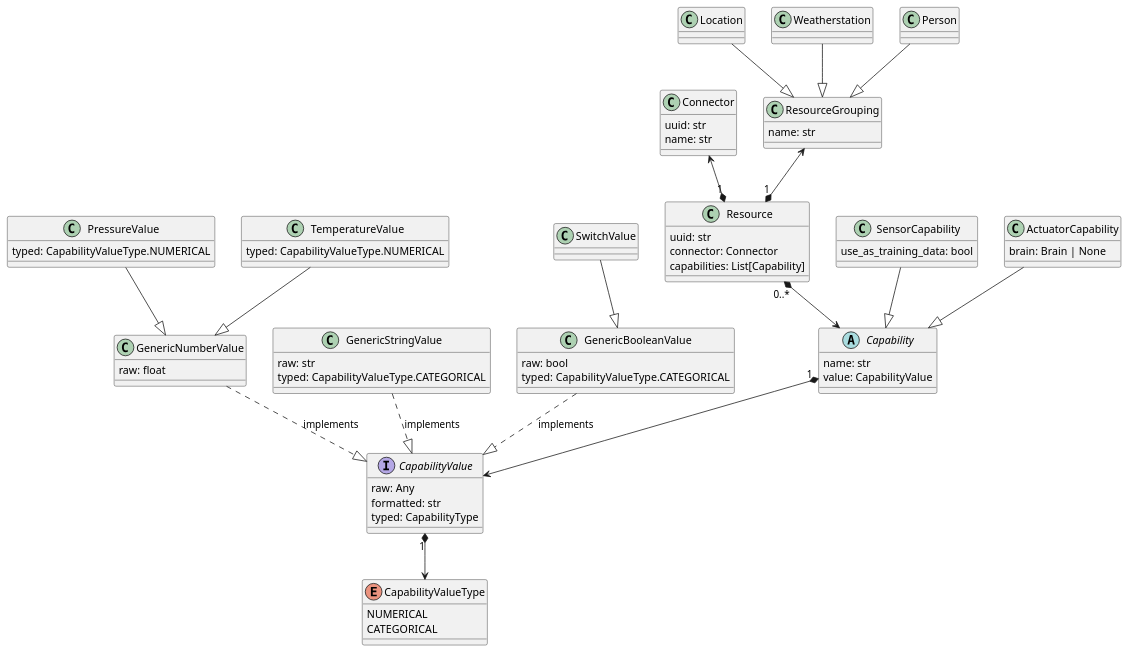
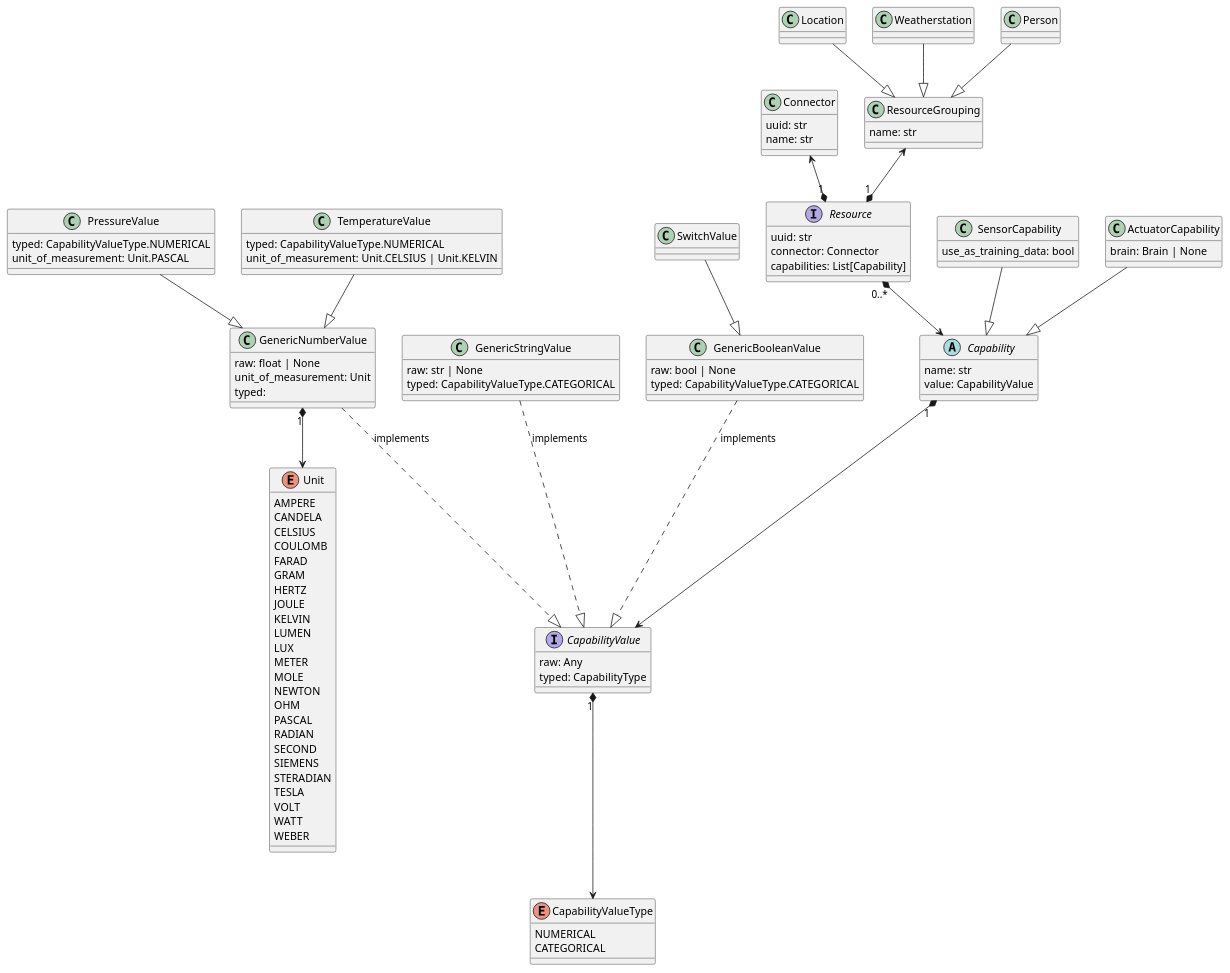
One commit to DerOetzi/learninghouse changed the diagram in docs/diagrams/src/model.plantuml. Above: the diagram before and after it, drawn with PlantUML. The commit also changed 5 other files, not shown here.

```diff
--- a/docs/diagrams/src/model.plantuml
+++ b/docs/diagrams/src/model.plantuml
@@ -1,95 +1,127 @@
 @startuml Learninghouse Model
 class Connector {
     uuid: str
     name: str
 }
 
-class Resource {
+interface Resource {
     uuid: str
     connector: Connector
     capabilities: List[Capability]
 }
 
 Connector <--* "1" Resource
 
 abstract class Capability{
     name: str
     value: CapabilityValue
 }
 
 Resource "0..*" *--> Capability
 
 class SensorCapability {
     use_as_training_data: bool
 }
 
 SensorCapability --|> Capability
 
 class ActuatorCapability {
     brain: Brain | None
 }
 
 ActuatorCapability --|> Capability
 
 interface CapabilityValue {
     raw: Any
-    formatted: str
     typed: CapabilityType
 }
 
 Capability "1" *--> CapabilityValue
 
 enum CapabilityValueType {
     NUMERICAL
     CATEGORICAL
 }
 
 CapabilityValue "1" *--> CapabilityValueType
 
 class GenericStringValue {
-    raw: str
+    raw: str | None
     typed: CapabilityValueType.CATEGORICAL
 }
 
 GenericStringValue ..|> CapabilityValue : implements
 
 class GenericNumberValue {
-    raw: float
+    raw: float | None
+    unit_of_measurement: Unit
+    typed: 
 }
+
+enum Unit {
+    AMPERE
+    CANDELA
+    CELSIUS
+    COULOMB
+    FARAD
+    GRAM
+    HERTZ
+    JOULE
+    KELVIN
+    LUMEN
+    LUX
+    METER
+    MOLE
+    NEWTON
+    OHM
+    PASCAL
+    RADIAN
+    SECOND
+    SIEMENS
+    STERADIAN
+    TESLA
+    VOLT
+    WATT
+    WEBER
+}
+
+GenericNumberValue "1" *--> Unit
 
 GenericNumberValue ..|> CapabilityValue : implements
 
 class TemperatureValue {
     typed: CapabilityValueType.NUMERICAL
+    unit_of_measurement: Unit.CELSIUS | Unit.KELVIN
 }
 
 TemperatureValue --|> GenericNumberValue
 
 class PressureValue {
     typed: CapabilityValueType.NUMERICAL
+    unit_of_measurement: Unit.PASCAL
 }
 
 PressureValue --|> GenericNumberValue
 
 class GenericBooleanValue {
-    raw: bool
+    raw: bool | None
     typed: CapabilityValueType.CATEGORICAL
 }
 
 GenericBooleanValue ..|> CapabilityValue : implements
 
 class SwitchValue {
 }
 
 SwitchValue --|> GenericBooleanValue
 
 class ResourceGrouping {
     name: str
 }
 
 ResourceGrouping <--* "1" Resource
 Location --|> ResourceGrouping
 Weatherstation --|> ResourceGrouping
 Person --|> ResourceGrouping
 
 @enduml
```
